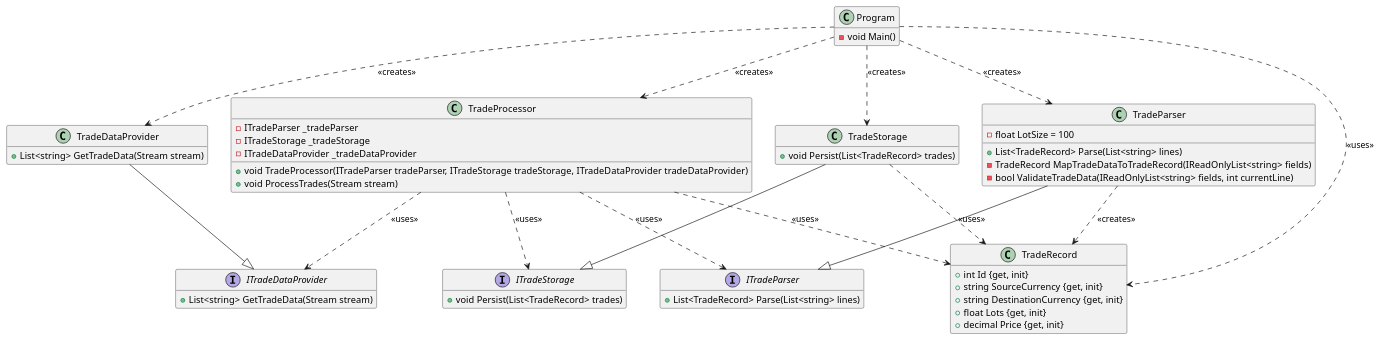
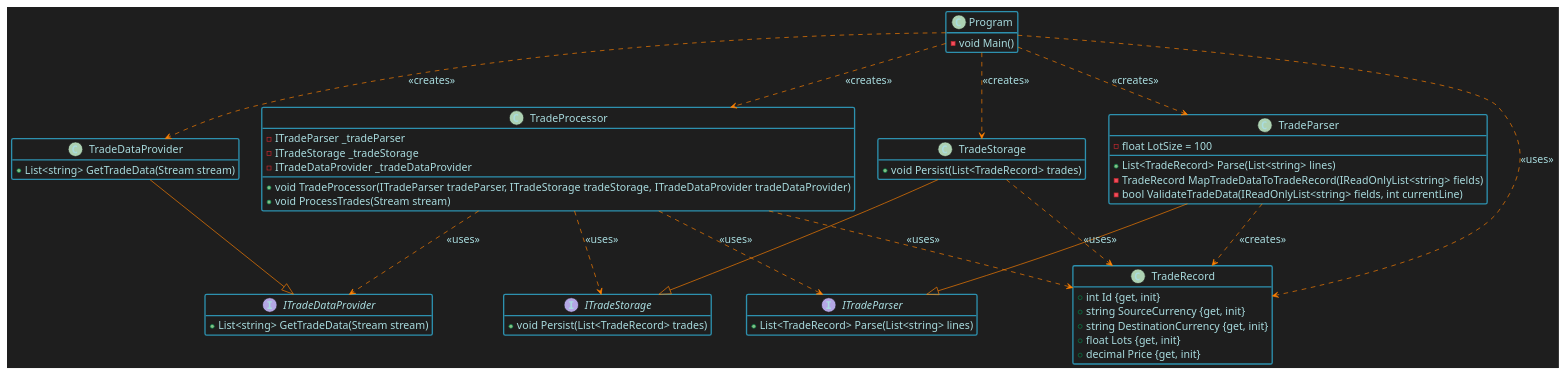
One commit to Shane-Wilson-class/solid-project-1 changed the diagram in solid-project-1/After.puml. Above: the diagram before and after it, drawn with PlantUML. The commit also changed 4 other files, not shown here.

Commit message:
Update UML theme and images in documentation

```diff
--- a/solid-project-1/After.puml
+++ b/solid-project-1/After.puml
@@ -1,67 +1,90 @@
 @startuml
 
 hide empty members
+
+skinparam backgroundColor  #1E1E1E
+skinparam DefaultFontColor #A9DCDF
+skinparam DefaultFontSize 16
+skinparam DefaultFontName JetBrains Mono
+
+skinparam class {
+  BackgroundColor #1E1E1E
+  BorderColor #2D91AF
+  ArrowColor #FF8000
+  BorderThickness 2
+}
+
+skinparam package {
+  BackgroundColor #0
+  BorderColor #2D91AF
+}
+
+skinparam note {
+  BackgroundColor #565656
+  BorderColor #F78782
+  FontColor #A9DCDF
+}
 
 interface ITradeDataProvider {
     + List<string> GetTradeData(Stream stream)
 }
 
 interface  ITradeParser {
     + List<TradeRecord> Parse(List<string> lines)
 }
 
 interface ITradeStorage {
     + void Persist(List<TradeRecord> trades)
 }
 
 class TradeDataProvider {
     + List<string> GetTradeData(Stream stream)
 }
 
 class TradeParser {
     - float LotSize = 100
     + List<TradeRecord> Parse(List<string> lines)
     - TradeRecord MapTradeDataToTradeRecord(IReadOnlyList<string> fields)
     - bool ValidateTradeData(IReadOnlyList<string> fields, int currentLine)
 }
 
 class TradeStorage {
     + void Persist(List<TradeRecord> trades)
 }
 
 class TradeProcessor {
     - ITradeParser _tradeParser
     - ITradeStorage _tradeStorage
     - ITradeDataProvider _tradeDataProvider
     + void TradeProcessor(ITradeParser tradeParser, ITradeStorage tradeStorage, ITradeDataProvider tradeDataProvider)
     + void ProcessTrades(Stream stream)
 }
 
 class TradeRecord {
     + int Id {get, init}
     + string SourceCurrency {get, init}
     + string DestinationCurrency {get, init}
     + float Lots {get, init}
     + decimal Price {get, init}
 }
 
 class Program {
     - void Main()
 }
 
 TradeDataProvider --|> ITradeDataProvider
 TradeParser --|> ITradeParser
 TradeStorage --|> ITradeStorage
 TradeProcessor ..> ITradeDataProvider: <<uses>>
 TradeProcessor ..> ITradeParser: <<uses>>
 TradeProcessor ..> ITradeStorage: <<uses>>
 TradeProcessor ..> TradeRecord: <<uses>>
 TradeParser ..> TradeRecord: <<creates>>
 TradeStorage ..> TradeRecord: <<uses>>
 Program ..> TradeProcessor: <<creates>>
 Program ..> TradeDataProvider: <<creates>>
 Program ..> TradeParser: <<creates>>
 Program ..> TradeStorage: <<creates>>
 Program ..> TradeRecord: <<uses>>
 
 @enduml
```
